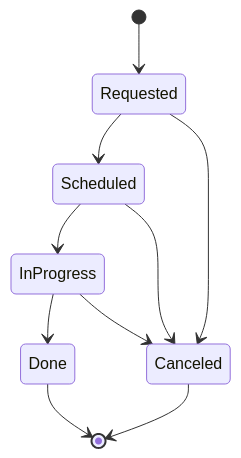
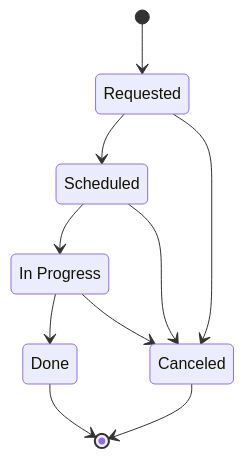
Before and after one commit to KRUKMAN/fafiq-app: the diagram in docs/diagrams/states/02_transport_lifecycle.mmd, drawn with Mermaid. The commit also changed 15 other files, not shown here.

```diff
--- a/docs/diagrams/states/02_transport_lifecycle.mmd
+++ b/docs/diagrams/states/02_transport_lifecycle.mmd
@@ -1,10 +1,11 @@
 stateDiagram-v2
   [*] --> Requested
   Requested --> Scheduled
+  state "In Progress" as InProgress
   Scheduled --> InProgress
   InProgress --> Done
   InProgress --> Canceled
   Scheduled --> Canceled
   Requested --> Canceled
   Done --> [*]
   Canceled --> [*]
```
